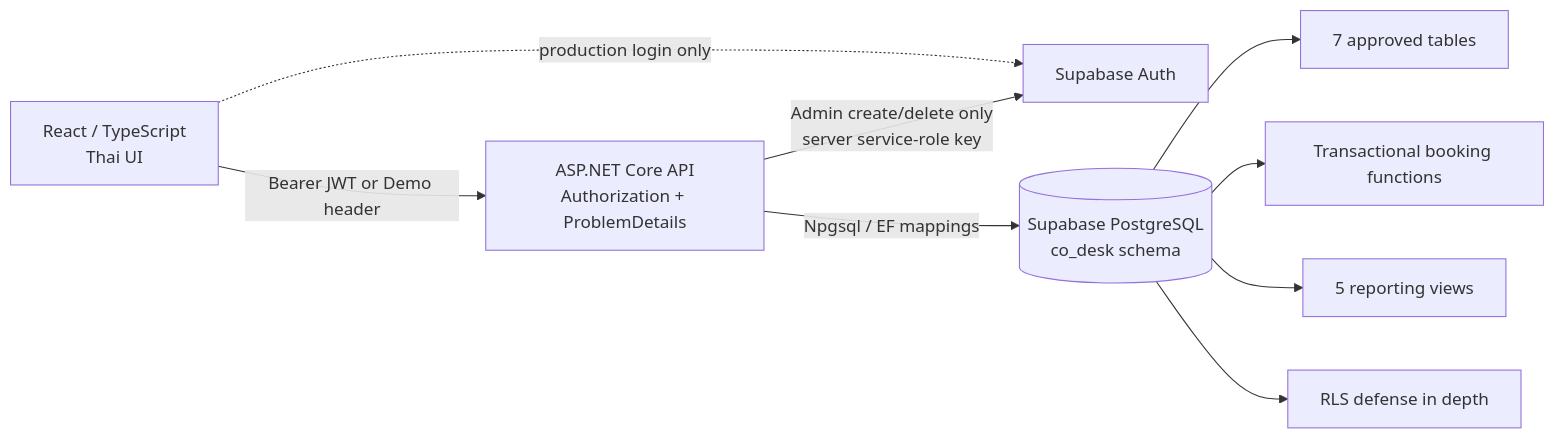
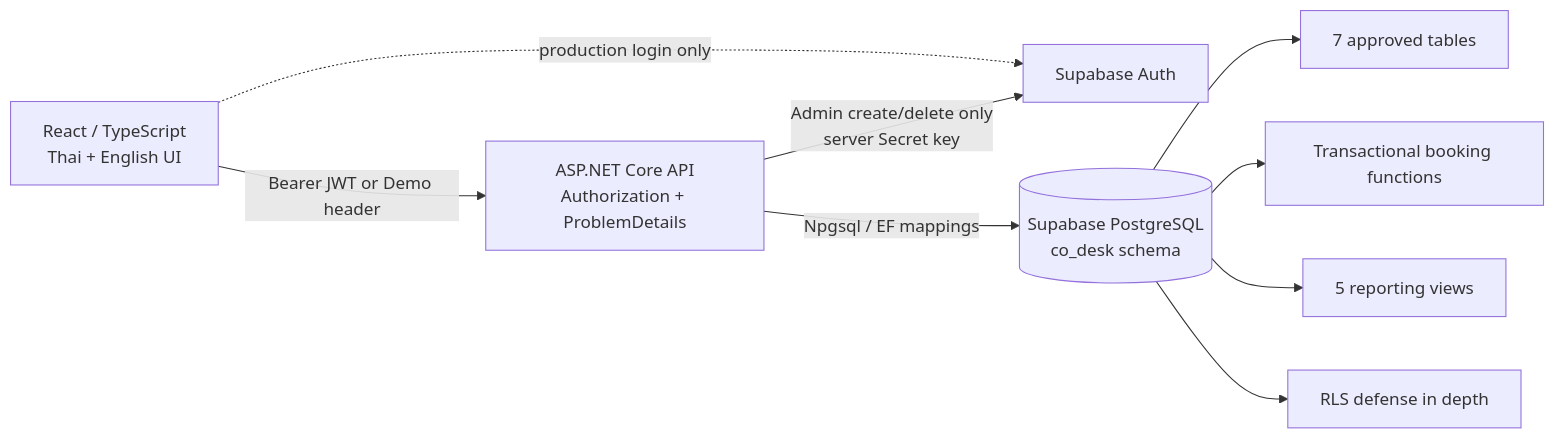
One commit to krissanapipukmutt/CoDesk_v2 changed the diagram in README.md. Above: the diagram before and after it, drawn with Mermaid. The commit also changed other lines of this file and 70 other files, not shown here.

````diff
--- a/README.md
+++ b/README.md
@@ -47,11 +48,11 @@
 ```mermaid
 flowchart LR
-    Browser[React / TypeScript\nThai UI] -->|Bearer JWT or Demo header| API[ASP.NET Core API\nAuthorization + ProblemDetails]
+    Browser[React / TypeScript\nThai + English UI] -->|Bearer JWT or Demo header| API[ASP.NET Core API\nAuthorization + ProblemDetails]
     Browser -. production login only .-> Auth[Supabase Auth]
     API -->|Npgsql / EF mappings| DB[(Supabase PostgreSQL\nco_desk schema)]
-    API -->|Admin create/delete only\nserver service-role key| Auth
+    API -->|Admin create/delete only\nserver Secret key| Auth
     DB --> Tables[7 approved tables]
     DB --> RPC[Transactional booking functions]
     DB --> Views[5 reporting views]
     DB --> RLS[RLS defense in depth]
 ```
````
